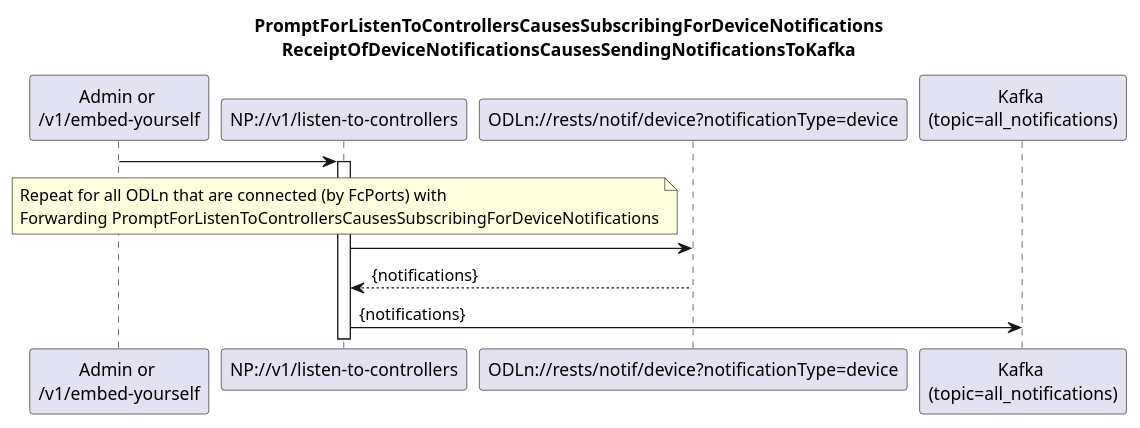
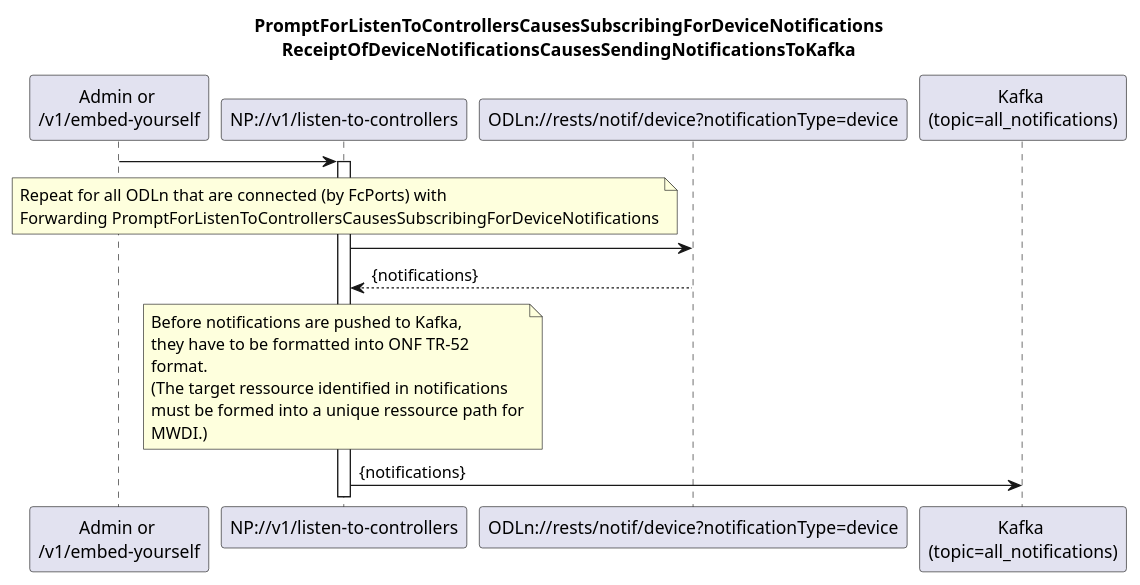
The diagram in spec/diagrams/is005_SubscribingForDeviceNotifications.plantuml (openBackhaul/NotificationProxy), drawn with PlantUML before and after one commit. The commit also changed 8 other files, not shown here.

```diff
--- a/spec/diagrams/is005_SubscribingForDeviceNotifications.plantuml
+++ b/spec/diagrams/is005_SubscribingForDeviceNotifications.plantuml
@@ -1,27 +1,36 @@
 @startuml is005_SubscribingForDeviceNotifications
 skinparam responseMessageBelowArrow true
 
 title
   PromptForListenToControllersCausesSubscribingForDeviceNotifications
   ReceiptOfDeviceNotificationsCausesSendingNotificationsToKafka
 end title
 
 participant "Admin or \n/v1/embed-yourself" as Requestor
 participant "NP://v1/listen-to-controllers" as NP_listen
 participant "ODLn://rests/notif/device?notificationType=device" as ODLn
 participant "Kafka \n(topic=all_notifications)" as Kafka
 
 Requestor -> NP_listen
 activate NP_listen
 
 note over NP_listen
 Repeat for all ODLn that are connected (by FcPorts) with
 Forwarding PromptForListenToControllersCausesSubscribingForDeviceNotifications
 end note
 
 NP_listen -> ODLn
 ODLn --> NP_listen: {notifications}
 
+note over NP_listen
+  Before notifications are pushed to Kafka,
+  they have to be formatted into ONF TR-52
+  format.
+  (The target ressource identified in notifications
+  must be formed into a unique ressource path for
+  MWDI.)
+end note
+
 NP_listen -> Kafka: {notifications}
 
 @enduml
```
